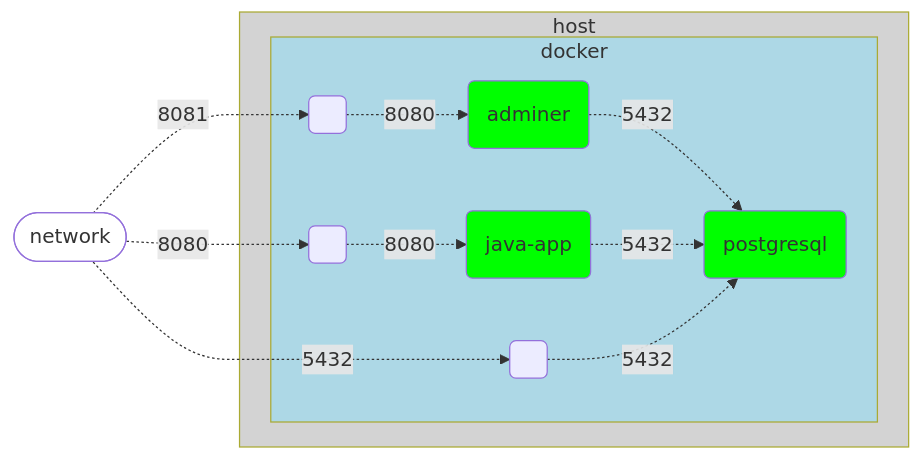
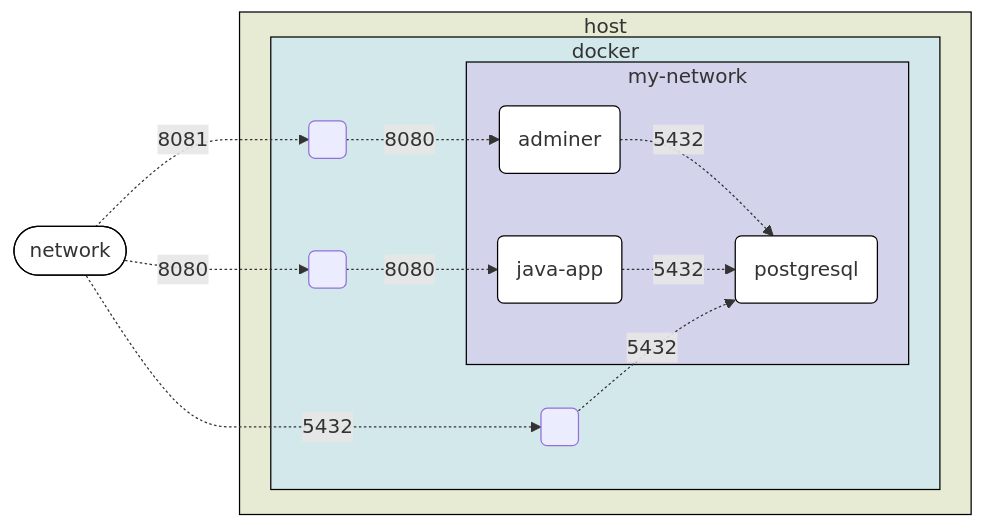
Before and after one commit to Fradantim/docker-workshop: the diagram in README.md, drawn with Mermaid.

````diff
--- a/README.md
+++ b/README.md
@@ -187,24 +187,26 @@
 ```mermaid
   flowchart LR
     subgraph host
       subgraph docker
-        B(postgresql)
-        A(adminer) -.->|5432|B
-        J(java-app) -.->|5432|B
-
+        subgraph my-network
+          B(postgresql)
+          A(adminer) -.->|5432|B
+          J(java-app) -.->|5432|B
+        end
         HB( ) -.->|5432|B 
         HA( ) -.->|8080|A
         HJ( ) -.->|8080|J
       end
     end
     N([network]) -.->|5432|HB
     N([network]) -.->|8081|HA
     N([network]) -.->|8080|HJ
 
-  classDef container fill:lime;
+  classDef container fill:white,stroke:black;
   class A,J,B container;
-  style N fill:white;
+  style N fill:white,stroke:black;
 
-  style host fill:lightgrey;
-  style docker fill:lightblue;
+  style host fill:#e8ebd3,stroke:black;
+  style docker fill:#d3e8eb,stroke:black;
+  style my-network fill:#d3d3eb,stroke:black;
 ```
````
